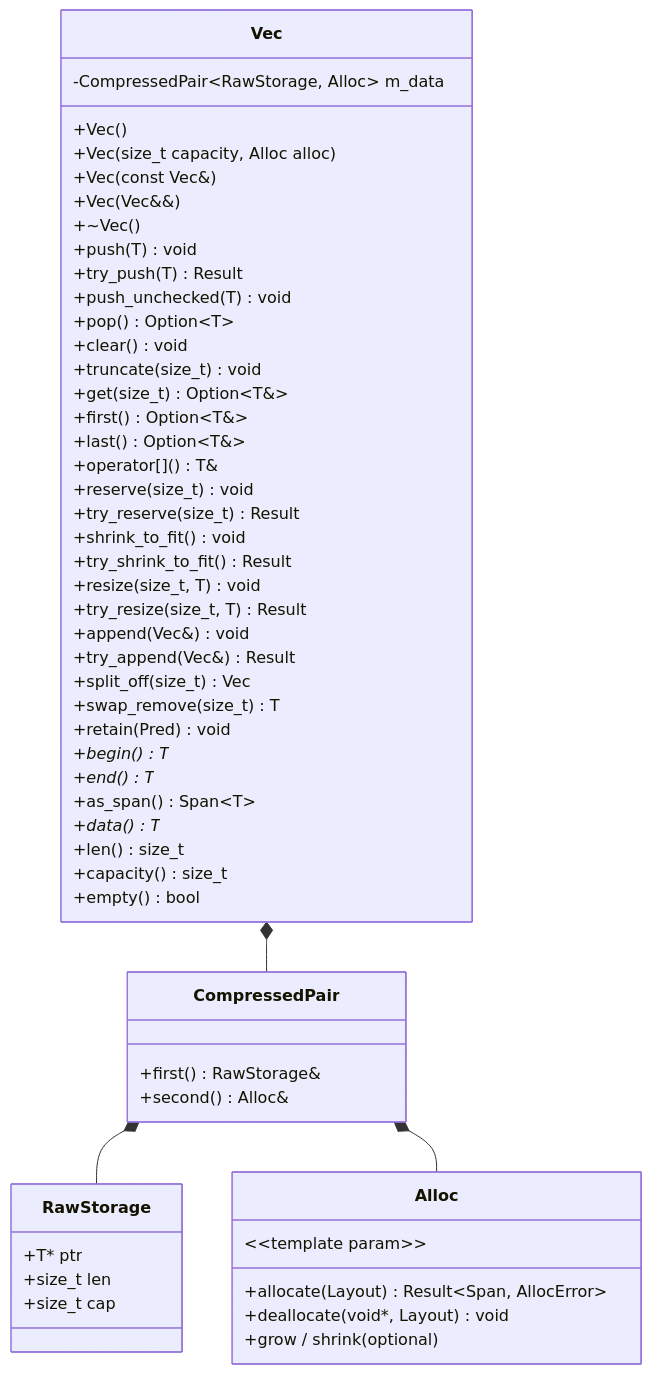
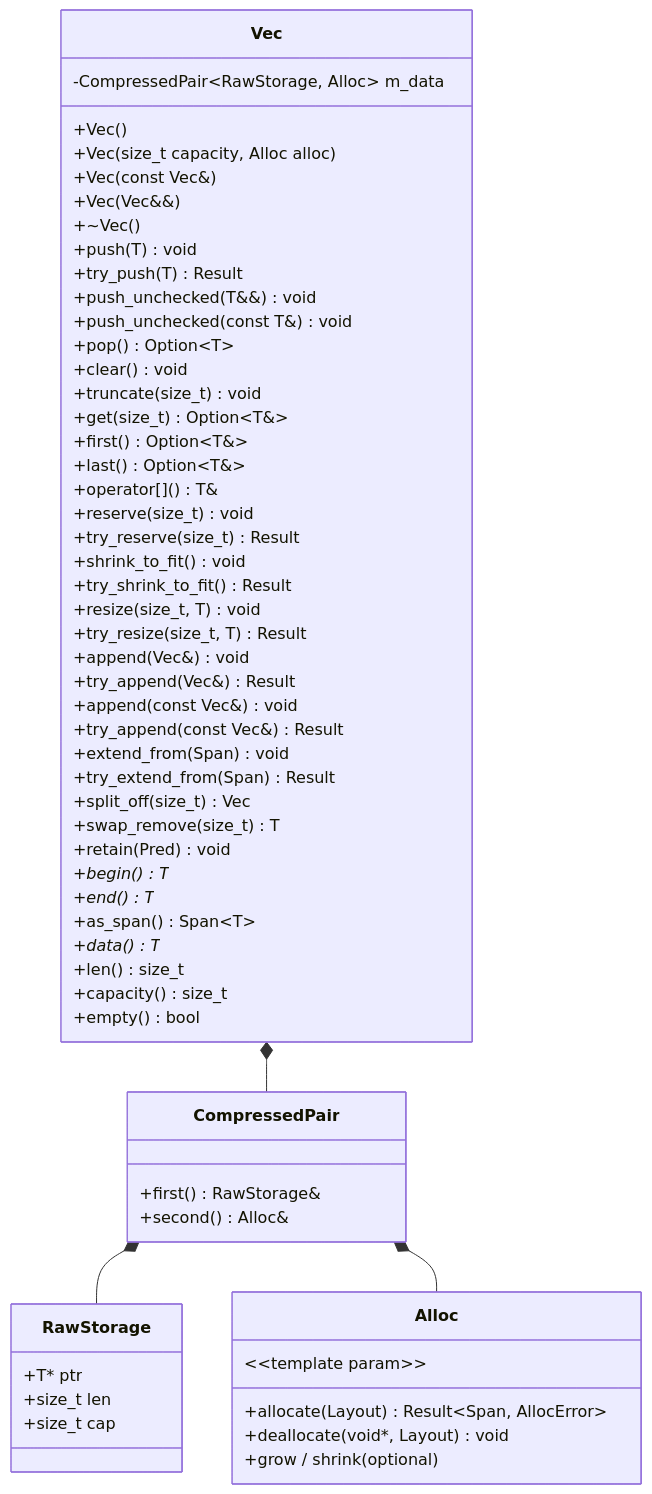
Before and after one commit to mivinci/x: the diagram in docs/libxpp/vec.md, drawn with Mermaid. The commit also changed other lines of this file and 4 other files, not shown here.

First line of the commit message:
feat(vec): push_unchecked(const T&), append(const Vec&), extend_from

````diff
--- a/docs/libxpp/vec.md
+++ b/docs/libxpp/vec.md
@@ -28,57 +28,62 @@
 ```mermaid
 classDiagram
     class Vec {
         -CompressedPair~RawStorage, Alloc~ m_data
         +Vec()
         +Vec(size_t capacity, Alloc alloc)
         +Vec(const Vec&)
         +Vec(Vec&&)
         +~Vec()
         +push(T) void
         +try_push(T) Result
-        +push_unchecked(T) void
+        +push_unchecked(T&&) void
+        +push_unchecked(const T&) void
         +pop() Option~T~
         +clear() void
         +truncate(size_t) void
         +get(size_t) Option~T&~
         +first() Option~T&~
         +last() Option~T&~
         +operator[]() T&
         +reserve(size_t) void
         +try_reserve(size_t) Result
         +shrink_to_fit() void
         +try_shrink_to_fit() Result
         +resize(size_t, T) void
         +try_resize(size_t, T) Result
         +append(Vec&) void
         +try_append(Vec&) Result
+        +append(const Vec&) void
+        +try_append(const Vec&) Result
+        +extend_from(Span) void
+        +try_extend_from(Span) Result
         +split_off(size_t) Vec
         +swap_remove(size_t) T
         +retain(Pred) void
         +begin() T*
         +end() T*
         +as_span() Span~T~
         +data() T*
         +len() size_t
         +capacity() size_t
         +empty() bool
     }
     class RawStorage {
         +T* ptr
         +size_t len
         +size_t cap
     }
     class CompressedPair {
         +first() RawStorage&
         +second() Alloc&
     }
     class Alloc {
         &lt;&lt;template param&gt;&gt;
         +allocate(Layout) Result~Span, AllocError~
         +deallocate(void*, Layout) void
         +grow / shrink (optional)
     }
     Vec *-- CompressedPair
     CompressedPair *-- RawStorage
     CompressedPair *-- Alloc
 ```
````
